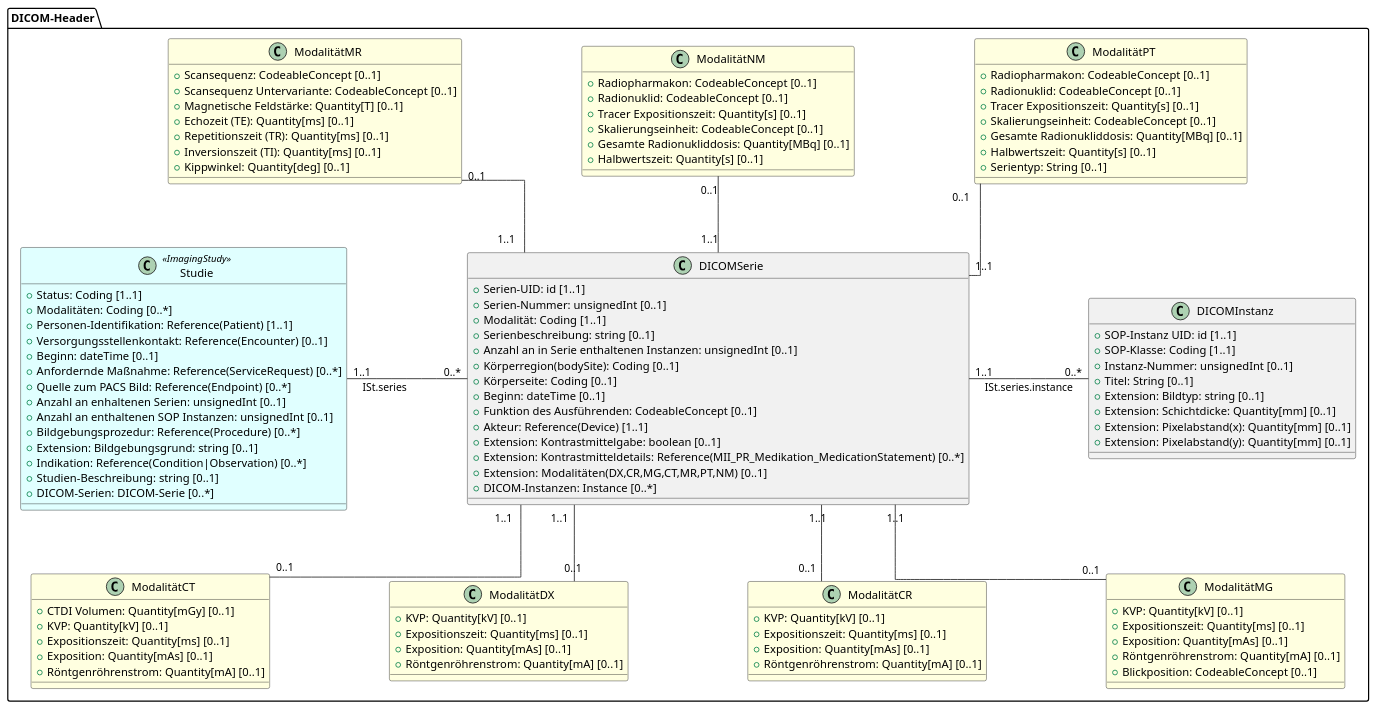
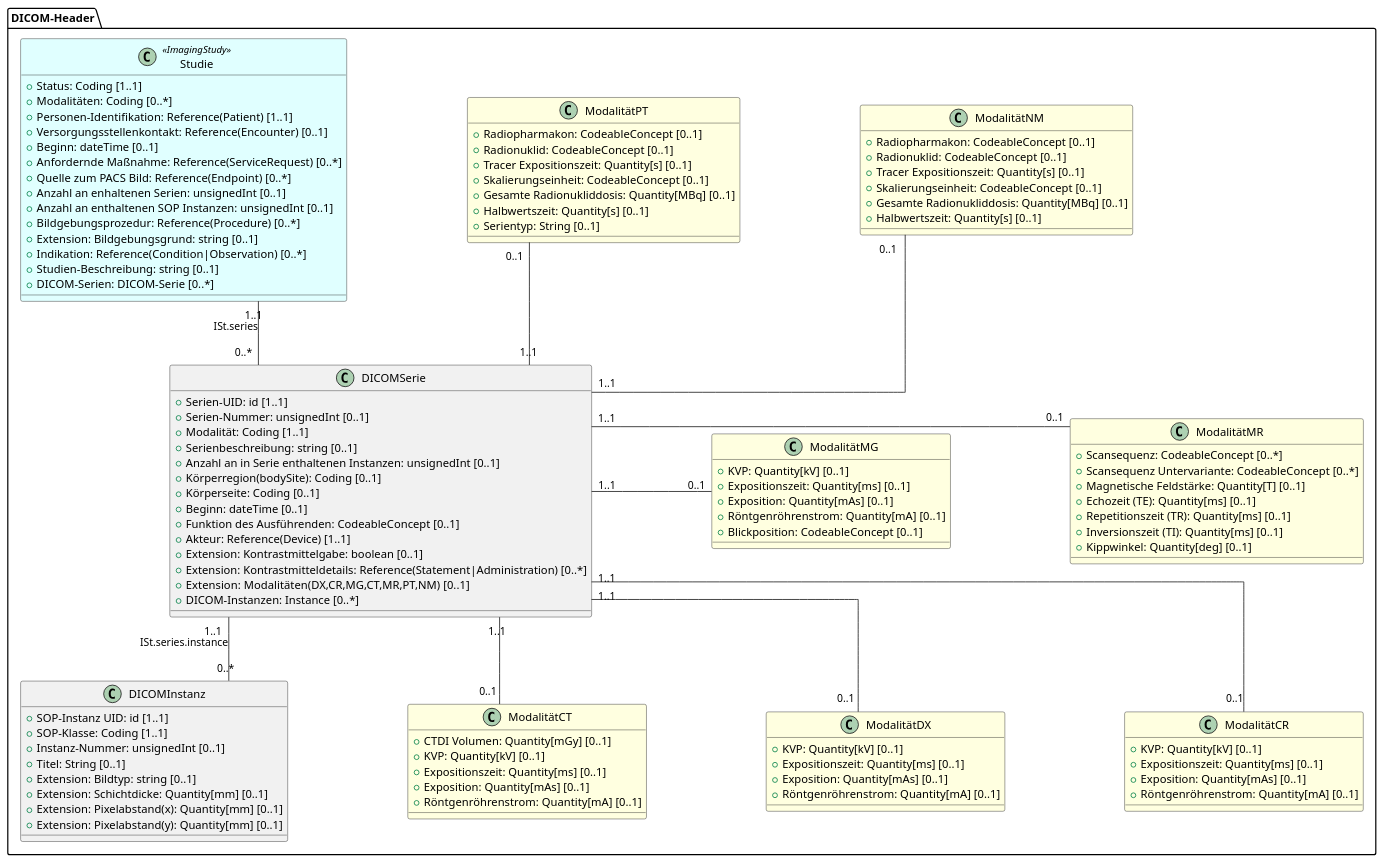
Before and after one commit to medizininformatik-initiative/kerndatensatz-bildgebung: the diagram in plantUmlSrc/UML Metadaten.plantuml, drawn with PlantUML. The commit also changed 2 other files, not shown here.

Commit message:
Typofix UML Meta

```diff
--- a/plantUmlSrc/UML Metadaten.plantuml
+++ b/plantUmlSrc/UML Metadaten.plantuml
@@ -1,123 +1,126 @@
 @startuml UML Modul Bildgebung
 skinparam Linetype ortho
 skinparam Nodesep 150
 skinparam Ranksep 80
 skinparam legendBackgroundColor #white
 
 package "DICOM-Header" {
   class Studie <<ImagingStudy>> #LightCyan {
   + Status: Coding [1..1]
   + Modalitäten: Coding [0..*]
   + {field} Personen-Identifikation: Reference(Patient) [1..1]
   + {field} Versorgungsstellenkontakt: Reference(Encounter) [0..1]
   + Beginn: dateTime [0..1]
   + {field} Anfordernde Maßnahme: Reference(ServiceRequest) [0..*]
   + {field} Quelle zum PACS Bild: Reference(Endpoint) [0..*]
   + Anzahl an enhaltenen Serien: unsignedInt [0..1]
   + Anzahl an enthaltenen SOP Instanzen: unsignedInt [0..1]
   + {field} Bildgebungsprozedur: Reference(Procedure) [0..*]
   + Extension: Bildgebungsgrund: string [0..1]
   + {field} Indikation: Reference(Condition|Observation) [0..*]
   + Studien-Beschreibung: string [0..1]
   + DICOM-Serien: DICOM-Serie [0..*]
   }
 
   class DICOMSerie {
   + Serien-UID: id [1..1]
   + Serien-Nummer: unsignedInt [0..1]
   + Modalität: Coding [1..1]
   + Serienbeschreibung: string [0..1]
   + Anzahl an in Serie enthaltenen Instanzen: unsignedInt [0..1]
   + {field} Körperregion(bodySite): Coding [0..1]
   + Körperseite: Coding [0..1]
   + Beginn: dateTime [0..1]
   + Funktion des Ausführenden: CodeableConcept [0..1]
   + {field} Akteur: Reference(Device) [1..1]
   + Extension: Kontrastmittelgabe: boolean [0..1]
-  + {field} Extension: Kontrastmitteldetails: Reference(MII_PR_Medikation_MedicationStatement) [0..*]
+  + {field} Extension: Kontrastmitteldetails: Reference(Statement|Administration) [0..*]
   + {field} Extension: Modalitäten(DX,CR,MG,CT,MR,PT,NM) [0..1]
   + DICOM-Instanzen: Instance [0..*]
   }
 
   class DICOMInstanz {
   + SOP-Instanz UID: id [1..1]
   + SOP-Klasse: Coding [1..1]
   + Instanz-Nummer: unsignedInt [0..1]
   + Titel: String [0..1]
   + Extension: Bildtyp: string [0..1]
   + Extension: Schichtdicke: Quantity[mm] [0..1]
   + {field} Extension: Pixelabstand(x): Quantity[mm] [0..1]
   + {field} Extension: Pixelabstand(y): Quantity[mm] [0..1]
   }
 
   class ModalitätMR #LightYellow {
-  + Scansequenz: CodeableConcept [0..1]
-  + Scansequenz Untervariante: CodeableConcept [0..1]
+  + Scansequenz: CodeableConcept [0..*]
+  + Scansequenz Untervariante: CodeableConcept [0..*]
   + Magnetische Feldstärke: Quantity[T] [0..1]
   + {field} Echozeit (TE): Quantity[ms] [0..1]
   + {field} Repetitionszeit (TR): Quantity[ms] [0..1]
   + {field} Inversionszeit (TI): Quantity[ms] [0..1]
   + Kippwinkel: Quantity[deg] [0..1]
   }
 
   class ModalitätCT #LightYellow {
   + CTDI Volumen: Quantity[mGy] [0..1]
   + KVP: Quantity[kV] [0..1]
   + Expositionszeit: Quantity[ms] [0..1]
   + Exposition: Quantity[mAs] [0..1]
   + Röntgenröhrenstrom: Quantity[mA] [0..1]
   } 
 
   class ModalitätDX #LightYellow {
   + KVP: Quantity[kV] [0..1]
   + Expositionszeit: Quantity[ms] [0..1]
   + Exposition: Quantity[mAs] [0..1]
   + Röntgenröhrenstrom: Quantity[mA] [0..1]
   } 
 
   class ModalitätCR #LightYellow {
   + KVP: Quantity[kV] [0..1]
   + Expositionszeit: Quantity[ms] [0..1]
   + Exposition: Quantity[mAs] [0..1]
   + Röntgenröhrenstrom: Quantity[mA] [0..1]
   } 
 
   class ModalitätMG #LightYellow {
   + KVP: Quantity[kV] [0..1]
   + Expositionszeit: Quantity[ms] [0..1]
   + Exposition: Quantity[mAs] [0..1]
   + Röntgenröhrenstrom: Quantity[mA] [0..1]
   + Blickposition: CodeableConcept [0..1]
   } 
 
   class ModalitätNM #LightYellow {
   + Radiopharmakon: CodeableConcept [0..1]
   + Radionuklid: CodeableConcept [0..1]
   + Tracer Expositionszeit: Quantity[s] [0..1]
   + Skalierungseinheit: CodeableConcept [0..1]
   + Gesamte Radionukliddosis: Quantity[MBq] [0..1]
   + Halbwertszeit: Quantity[s] [0..1]
   } 
 
   class ModalitätPT #LightYellow {
   + Radiopharmakon: CodeableConcept [0..1]
   + Radionuklid: CodeableConcept [0..1]
   + Tracer Expositionszeit: Quantity[s] [0..1]
   + Skalierungseinheit: CodeableConcept [0..1]
   + Gesamte Radionukliddosis: Quantity[MBq] [0..1]
   + Halbwertszeit: Quantity[s] [0..1]
   + Serientyp: String [0..1]
   }
 }
 
-DICOMSerie "1..1" -r- "0..*" DICOMInstanz: ISt.series.instance
-DICOMSerie "1..1" -u- "0..1" ModalitätMR
-DICOMSerie "1..1" -d- "0..1" ModalitätCT
-DICOMSerie "1..1" -d- "0..1" ModalitätDX
-DICOMSerie "1..1" -d- "0..1" ModalitätCR
-DICOMSerie "1..1" -d- "0..1" ModalitätMG
+DICOMSerie "1..1" -- "0..*" DICOMInstanz: ISt.series.instance
+DICOMSerie "1..1" -r- "0..1" ModalitätMR
+DICOMSerie "1..1" -- "0..1" ModalitätCT
+DICOMSerie "1..1" -- "0..1" ModalitätDX
+DICOMSerie "1..1" -- "0..1" ModalitätCR
+DICOMSerie "1..1" -r- "0..1" ModalitätMG
 DICOMSerie "1..1" -u- "0..1" ModalitätNM
 DICOMSerie "1..1" -u- "0..1" ModalitätPT
 
-Studie "1..1" -r- "0..*" DICOMSerie: ISt.series
+Studie "1..1" -- "0..*" DICOMSerie: ISt.series
+
+ModalitätPT -[hidden]r- ModalitätNM
+
 @enduml
```
